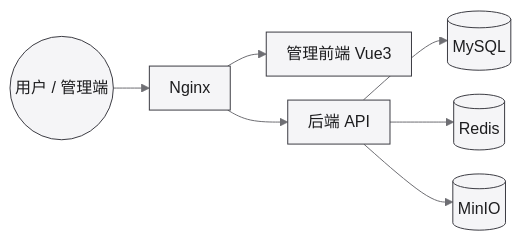
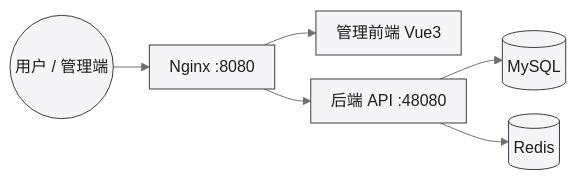
Before and after one commit to bongxin/bongxin.github.io: the diagram in docs/portal/environment/yudao/index.md, drawn with Mermaid. The commit also changed other lines of this file and 11 other files, not shown here.

````diff
--- a/docs/portal/environment/yudao/index.md
+++ b/docs/portal/environment/yudao/index.md
@@ -12,26 +14,25 @@
 ```mermaid
 ---
 config:
   theme: base
   themeVariables:
     primaryColor: "#f5f5f7"
     primaryTextColor: "#1d1d1f"
     primaryBorderColor: "#3c3c43"
     secondaryColor: "#ebebf0"
     tertiaryColor: "#ffffff"
     lineColor: "#6e6e73"
     mainBkg: "#f5f5f7"
   flowchart:
     useMaxWidth: true
     padding: 10
     nodeSpacing: 24
     rankSpacing: 36
 ---
 flowchart LR
-  user((用户 / 管理端)) --> nginx[Nginx]
+  user((用户 / 管理端)) --> nginx[Nginx :8080]
   nginx --> admin[管理前端 Vue3]
-  nginx --> api[后端 API]
+  nginx --> api[后端 API :48080]
   api --> mysql[(MySQL)]
   api --> redis[(Redis)]
-  api --> minio[(MinIO)]
 ```
````
